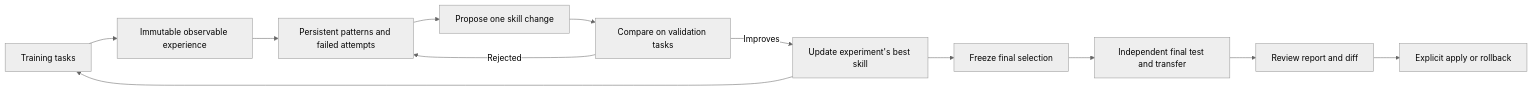
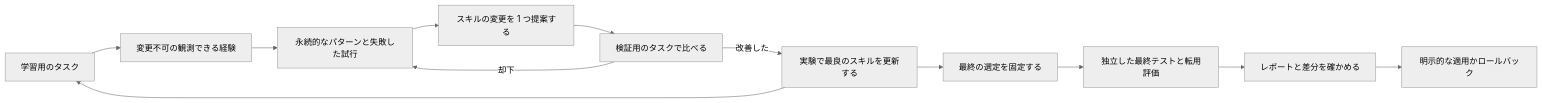
Before and after one commit to to884/info-hive-wiki: the diagram in skills/info-hive/references/evolution-workflow.md, drawn with Mermaid (neutral theme). The commit also changed other lines of this file and 16 other files, not shown here.

First line of the commit message:
docs(skill): 指示文書を日本語の wiki の運用として書き直した

````diff
--- a/skills/info-hive/references/evolution-workflow.md
+++ b/skills/info-hive/references/evolution-workflow.md
@@ -22,14 +22,14 @@
 ```mermaid
 flowchart LR
-  train[Training tasks] --> raw[Immutable observable experience]
-  raw --> wiki[Persistent patterns and failed attempts]
-  wiki --> propose[Propose one skill change]
-  propose --> validate[Compare on validation tasks]
-  validate -->|Improves| best[Update experiment's best skill]
-  validate -->|Rejected| wiki
+  train[学習用のタスク] --> raw[変更不可の観測できる経験]
+  raw --> wiki[永続的なパターンと失敗した試行]
+  wiki --> propose[スキルの変更を 1 つ提案する]
+  propose --> validate[検証用のタスクで比べる]
+  validate -->|改善した| best[実験で最良のスキルを更新する]
+  validate -->|却下| wiki
   best --> train
-  best --> freeze[Freeze final selection]
-  freeze --> test[Independent final test and transfer]
-  test --> review[Review report and diff]
-  review --> apply[Explicit apply or rollback]
+  best --> freeze[最終の選定を固定する]
+  freeze --> test[独立した最終テストと転用評価]
+  test --> review[レポートと差分を確かめる]
+  review --> apply[明示的な適用かロールバック]
 ```
````
